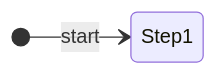
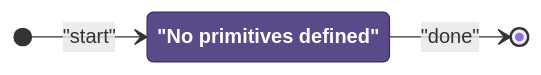
Before and after one commit to Team302/2026Rebuilt: the diagram in documents/auton/BlueDefaultFile.md, drawn with Mermaid. The commit also changed 242 other files, not shown here.

Commit message:
Regenerated diagrams with fixed red

````diff
--- a/documents/auton/BlueDefaultFile.md
+++ b/documents/auton/BlueDefaultFile.md
@@ -8,12 +8,15 @@
 ```mermaid
 stateDiagram-v2
     direction LR
 
     %% Green = intake active, Purple = intake off
     classDef intake  fill:#1a7a3a,color:#ffffff,stroke:#0d4a1f,font-weight:bold
     classDef noIntake fill:#5a4a8a,color:#ffffff,stroke:#3a2a6a,font-weight:bold
 
 
 
-    [*] --> Step1 : start
+    Empty : "No primitives defined"
+    class Empty noIntake
+    [*] --> Empty : "start"
+    Empty --> [*] : "done"
 ```
````
